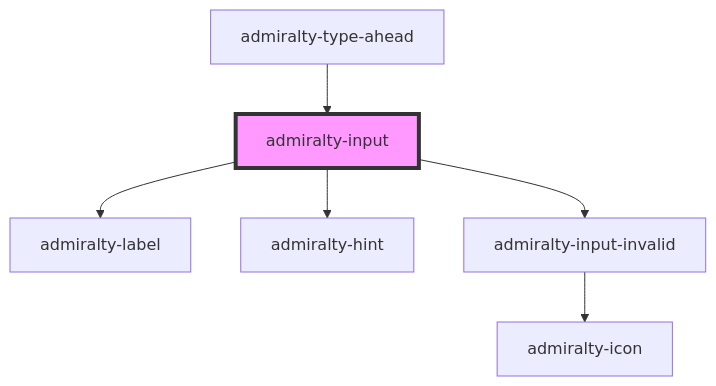
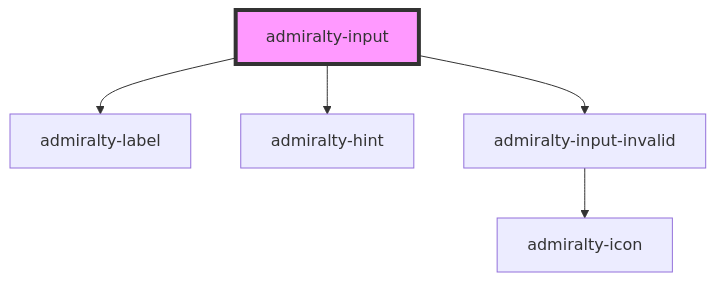
One commit to UKHO/admiralty-design-system changed the diagram in packages/core/src/components/input/readme.md. Above: the diagram before and after it, drawn with Mermaid. The commit also changed other lines of this file and 50 other files, not shown here.

````diff
--- a/packages/core/src/components/input/readme.md
+++ b/packages/core/src/components/input/readme.md
@@ -53,9 +49,8 @@
 ```mermaid
 graph TD;
   admiralty-input --> admiralty-label
   admiralty-input --> admiralty-hint
   admiralty-input --> admiralty-input-invalid
   admiralty-input-invalid --> admiralty-icon
-  admiralty-type-ahead --> admiralty-input
   style admiralty-input fill:#f9f,stroke:#333,stroke-width:4px
 ```
````
